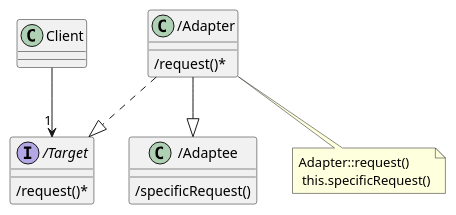
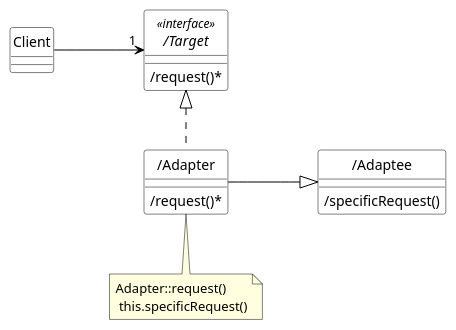
Before and after one commit to sunye/software-patterns: the diagram in resources/plantuml/class-adapter.puml, drawn with PlantUML. The commit also changed 5 other files, not shown here.

```diff
--- a/resources/plantuml/class-adapter.puml
+++ b/resources/plantuml/class-adapter.puml
@@ -1,26 +1,43 @@
 @startuml class-adapter
+
+
+hide circle
+
+skinparam class {
+    BackgroundColor white
+    ArrowColor black
+    BorderColor black
+}
+
+skinparam note {
+    BackgroundColor lightyellow
+    ArrowColor black
+    BorderColor black
+}
+
+skinparam nodesep 90
 
 class Client{
 }
 
-interface /Target {
+interface /Target <<interface>> {
     /request()*
 }
 
 class /Adapter {
     /request()*
 }
 
 class /Adaptee {
     /specificRequest()
 }
 
-Client --> "1" "/Target"
+Client -right-> "1" "/Target"
 
-"/Adapter" ..|> "/Target"
+"/Adapter" .up.|> "/Target"
 
-"/Adapter" --|> "/Adaptee"
+"/Adapter" -right-|> "/Adaptee"
 
 note bottom of "/Adapter": Adapter::request()\n this.specificRequest()
 
 @enduml
```
